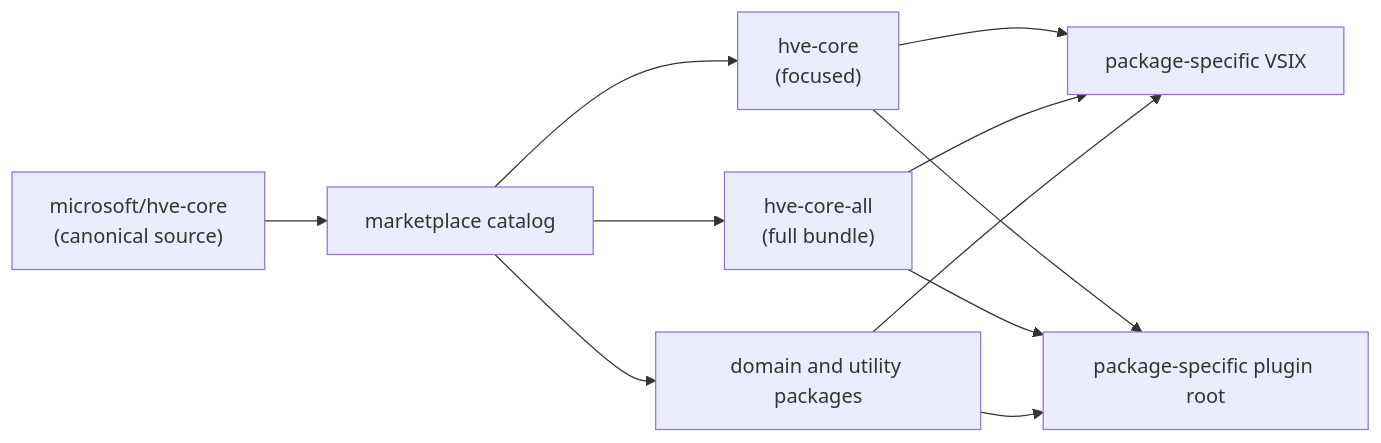
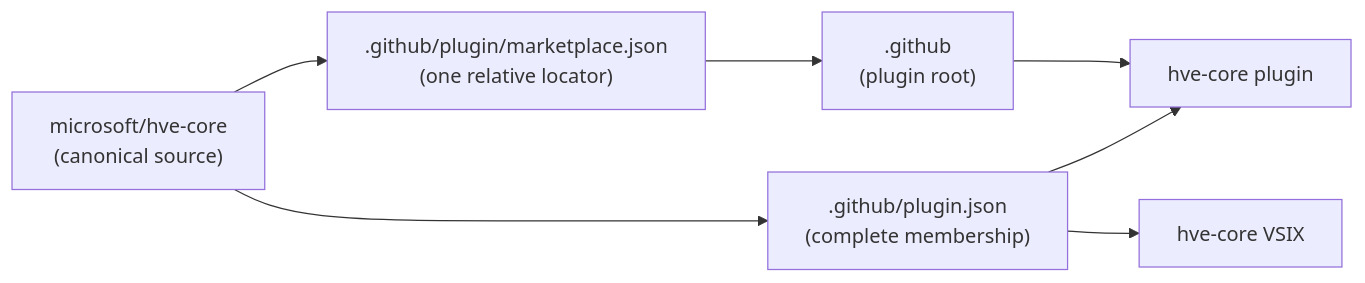
Before and after one commit to MohammedAlkindi/hve-core: the diagram in docs/getting-started/install.md, drawn with Mermaid. The commit also changed other lines of this file and 142 other files, not shown here.

First line of the commit message:
feat(plugins): consolidate HVE Core into one plugin (#2712)

````diff
--- a/docs/getting-started/install.md
+++ b/docs/getting-started/install.md
@@ -65,13 +53,11 @@
 ```mermaid
 graph LR
-   REPO["microsoft/hve-core<br/>(canonical source)"] --> CATALOG["marketplace catalog"]
-   CATALOG --> FOCUSED["hve-core<br/>(focused)"]
-   CATALOG --> FULL["hve-core-all<br/>(full bundle)"]
-   CATALOG --> DOMAIN["domain and utility packages"]
-   FOCUSED --> EXT["package-specific VSIX"]
-   FOCUSED --> PLUGIN["package-specific plugin root"]
-   FULL --> EXT
-   FULL --> PLUGIN
-   DOMAIN --> EXT
-   DOMAIN --> PLUGIN
+   accTitle: HVE Core distribution relationships
+   accDescr: The repository contains the marketplace locator and plugin manifest. The locator resolves the plugin root, while the manifest supplies membership to both the Copilot plugin and VS Code extension.
+   REPO["microsoft/hve-core<br/>(canonical source)"] --> MANIFEST[".github/plugin.json<br/>(complete membership)"]
+   REPO --> CATALOG[".github/plugin/marketplace.json<br/>(one relative locator)"]
+   CATALOG --> ROOT[".github<br/>(plugin root)"]
+   MANIFEST --> PLUGIN["hve-core plugin"]
+   MANIFEST --> EXT["hve-core VSIX"]
+   ROOT --> PLUGIN
 ```
````
